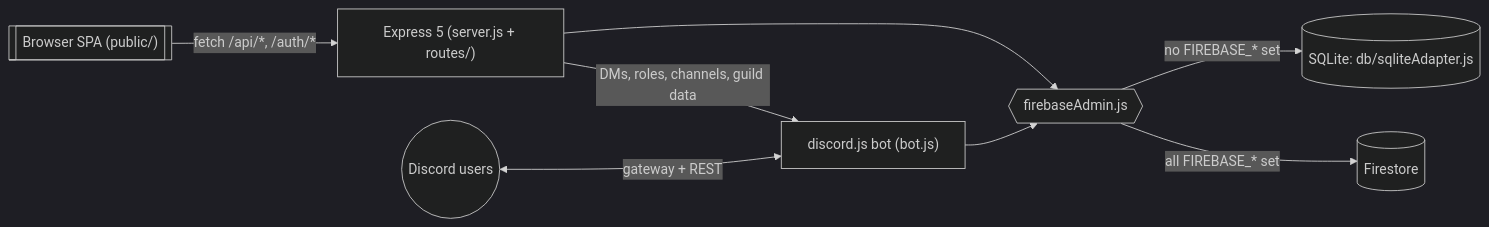
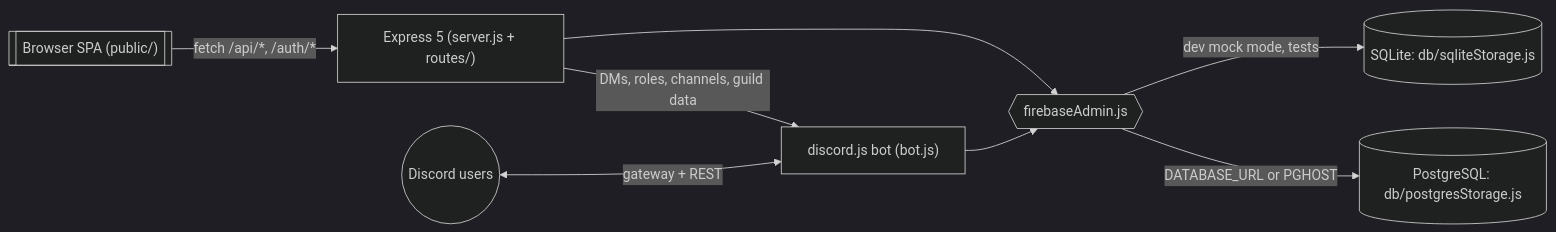
The diagram in docs/wiki/overview/architecture.md (VibeGenZero/DEMS), drawn with Mermaid (dark theme) before and after one commit. The commit also changed other lines of this file and 30 other files, not shown here.

First line of the commit message:
Document PostgreSQL as the production store and drop Firestore docs

````diff
--- a/docs/wiki/overview/architecture.md
+++ b/docs/wiki/overview/architecture.md
@@ -29,10 +29,10 @@
 ```mermaid
 flowchart LR
   Browser[["Browser SPA (public/)"]] -->|"fetch /api/*, /auth/*"| Server
   DiscordUsers(("Discord users")) <-->|"gateway + REST"| Bot
   Server["Express 5 (server.js + routes/)"] -->|"DMs, roles, channels, guild data"| Bot
   Server --> Data
   Bot["discord.js bot (bot.js)"] --> Data
-  Data{{"firebaseAdmin.js"}} -->|"all FIREBASE_* set"| Firestore[("Firestore")]
-  Data -->|"no FIREBASE_* set"| SQLite[("SQLite: db/sqliteAdapter.js")]
+  Data{{"firebaseAdmin.js"}} -->|"DATABASE_URL or PGHOST"| Postgres[("PostgreSQL: db/postgresStorage.js")]
+  Data -->|"dev mock mode, tests"| SQLite[("SQLite: db/sqliteStorage.js")]
 ```
````
